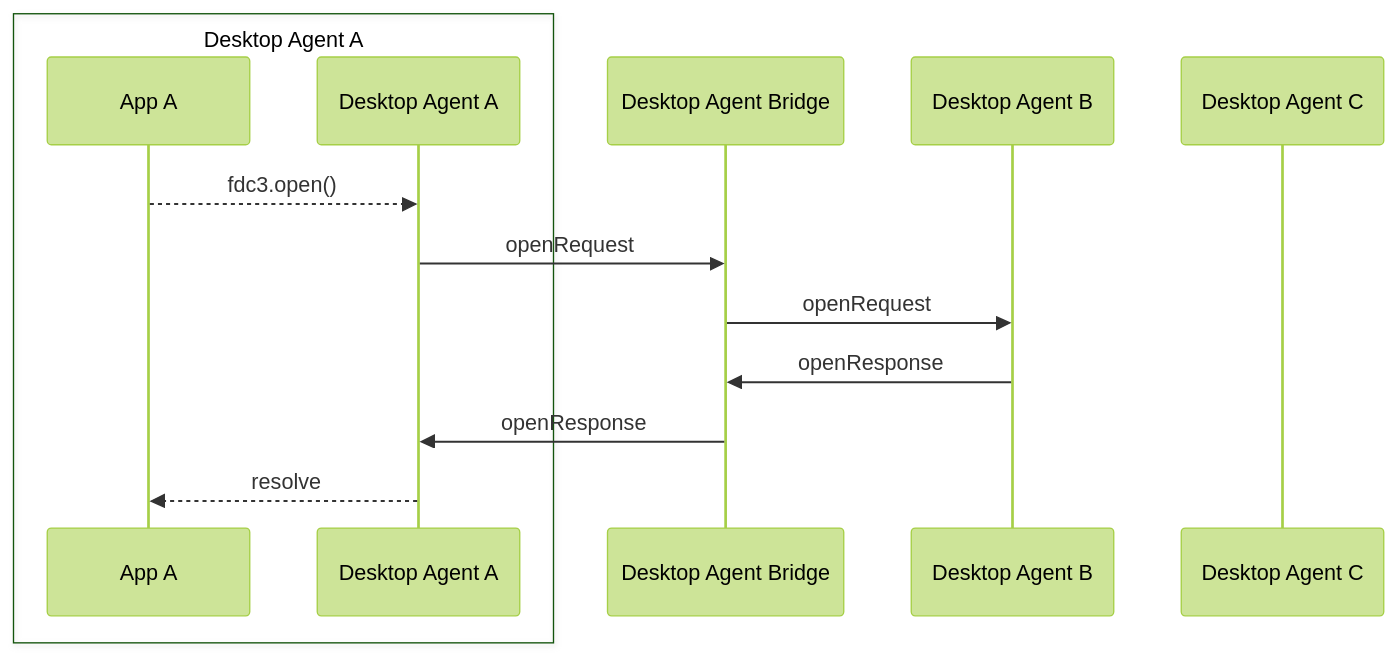
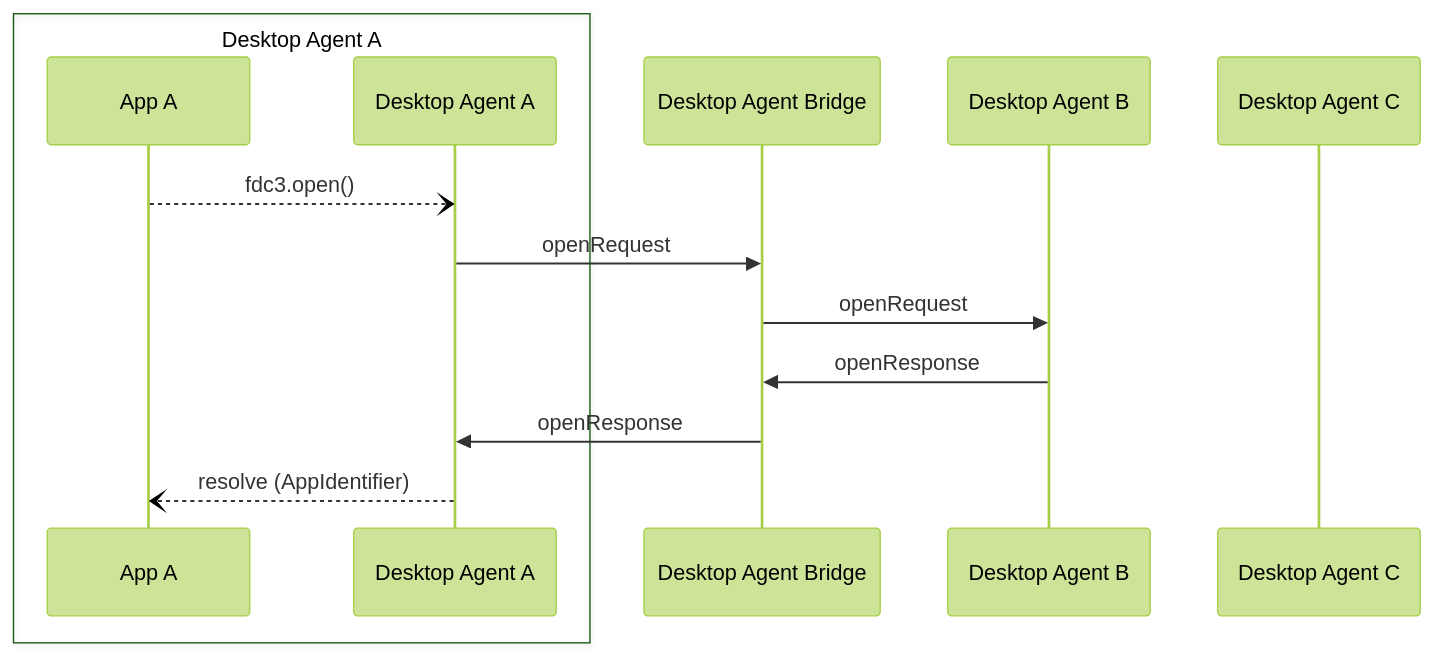
One commit to InteropIO/FDC3 changed the diagram in docs/agent-bridging/ref/open.md. Above: the diagram before and after it, drawn with Mermaid (forest theme). The commit also changed 12 other files, not shown here.

Commit message:
Changing arrow style for FDC3 API calls + adding expect type for promise resolution to mermaid diagrams

````diff
--- a/docs/agent-bridging/ref/open.md
+++ b/docs/agent-bridging/ref/open.md
@@ -41,16 +41,16 @@
 ```mermaid
 sequenceDiagram
     box Desktop Agent A
     participant AA as App A
     participant DA as Desktop Agent A
     end
     participant DAB as Desktop Agent Bridge
     participant DB as Desktop Agent B
     participant DC as Desktop Agent C
-    AA -->> DA: fdc3.open()
+    AA --) DA: fdc3.open()
     DA ->> DAB: openRequest
     DAB ->> DB: openRequest
     DB ->> DAB: openResponse
     DAB ->> DA: openResponse
-    DA -->> AA: resolve
+    DA --) AA: resolve (AppIdentifier)
 ```
````
